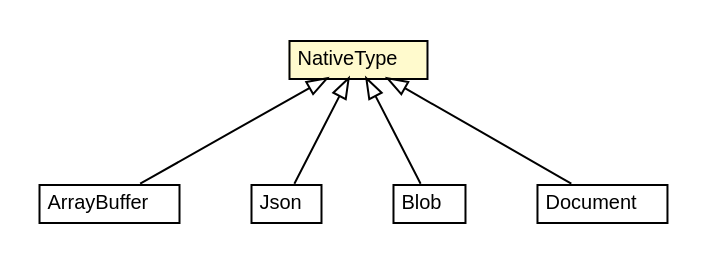
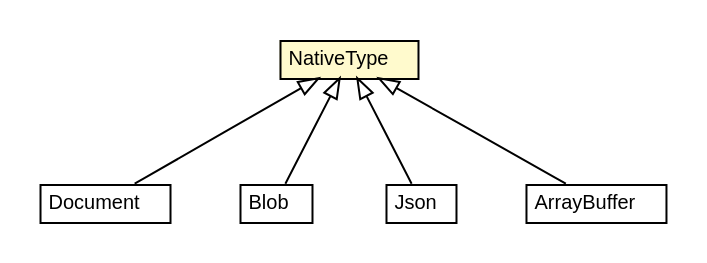
Before and after one commit to reinert/requestor: the diagram in latest/javadoc/apidocs/io/reinert/requestor/gwt/type/NativeType.dot, drawn with Graphviz. The commit also changed 1696 other files, not shown here.

```diff
--- a/latest/javadoc/apidocs/io/reinert/requestor/gwt/type/NativeType.dot
+++ b/latest/javadoc/apidocs/io/reinert/requestor/gwt/type/NativeType.dot
@@ -1,50 +1,50 @@
 #!/usr/local/bin/dot
 #
 # Class diagram 
 # Generated by UMLGraph version R5_6-24-gf6e263 (http://www.umlgraph.org/)
 #
 
 digraph G {
 	edge [fontname="Helvetica",fontsize=10,labelfontname="Helvetica",labelfontsize=10];
 	node [fontname="Helvetica",fontsize=10,shape=plaintext];
 	nodesep=0.25;
 	ranksep=0.5;
+	// io.reinert.requestor.gwt.type.Document
+	c47237 [label=<<table title="io.reinert.requestor.gwt.type.Document" border="0" cellborder="1" cellspacing="0" cellpadding="2" port="p" href="./Document.html">
+		<tr><td><table border="0" cellspacing="0" cellpadding="1">
+<tr><td align="center" balign="center"> Document </td></tr>
+		</table></td></tr>
+		</table>>, URL="./Document.html", fontname="Helvetica", fontcolor="black", fontsize=10.0];
+	// io.reinert.requestor.gwt.type.NativeType
+	c47238 [label=<<table title="io.reinert.requestor.gwt.type.NativeType" border="0" cellborder="1" cellspacing="0" cellpadding="2" port="p" bgcolor="lemonChiffon" href="./NativeType.html">
+		<tr><td><table border="0" cellspacing="0" cellpadding="1">
+<tr><td align="center" balign="center"> NativeType </td></tr>
+		</table></td></tr>
+		</table>>, URL="./NativeType.html", fontname="Helvetica", fontcolor="black", fontsize=10.0];
+	// io.reinert.requestor.gwt.type.Blob
+	c47239 [label=<<table title="io.reinert.requestor.gwt.type.Blob" border="0" cellborder="1" cellspacing="0" cellpadding="2" port="p" href="./Blob.html">
+		<tr><td><table border="0" cellspacing="0" cellpadding="1">
+<tr><td align="center" balign="center"> Blob </td></tr>
+		</table></td></tr>
+		</table>>, URL="./Blob.html", fontname="Helvetica", fontcolor="black", fontsize=10.0];
+	// io.reinert.requestor.gwt.type.Json
+	c47240 [label=<<table title="io.reinert.requestor.gwt.type.Json" border="0" cellborder="1" cellspacing="0" cellpadding="2" port="p" href="./Json.html">
+		<tr><td><table border="0" cellspacing="0" cellpadding="1">
+<tr><td align="center" balign="center"> Json </td></tr>
+		</table></td></tr>
+		</table>>, URL="./Json.html", fontname="Helvetica", fontcolor="black", fontsize=10.0];
 	// io.reinert.requestor.gwt.type.ArrayBuffer
-	c46571 [label=<<table title="io.reinert.requestor.gwt.type.ArrayBuffer" border="0" cellborder="1" cellspacing="0" cellpadding="2" port="p" href="./ArrayBuffer.html">
+	c47241 [label=<<table title="io.reinert.requestor.gwt.type.ArrayBuffer" border="0" cellborder="1" cellspacing="0" cellpadding="2" port="p" href="./ArrayBuffer.html">
 		<tr><td><table border="0" cellspacing="0" cellpadding="1">
 <tr><td align="center" balign="center"> ArrayBuffer </td></tr>
 		</table></td></tr>
 		</table>>, URL="./ArrayBuffer.html", fontname="Helvetica", fontcolor="black", fontsize=10.0];
-	// io.reinert.requestor.gwt.type.NativeType
-	c46572 [label=<<table title="io.reinert.requestor.gwt.type.NativeType" border="0" cellborder="1" cellspacing="0" cellpadding="2" port="p" bgcolor="lemonChiffon" href="./NativeType.html">
-		<tr><td><table border="0" cellspacing="0" cellpadding="1">
-<tr><td align="center" balign="center"> NativeType </td></tr>
-		</table></td></tr>
-		</table>>, URL="./NativeType.html", fontname="Helvetica", fontcolor="black", fontsize=10.0];
-	// io.reinert.requestor.gwt.type.Json
-	c46573 [label=<<table title="io.reinert.requestor.gwt.type.Json" border="0" cellborder="1" cellspacing="0" cellpadding="2" port="p" href="./Json.html">
-		<tr><td><table border="0" cellspacing="0" cellpadding="1">
-<tr><td align="center" balign="center"> Json </td></tr>
-		</table></td></tr>
-		</table>>, URL="./Json.html", fontname="Helvetica", fontcolor="black", fontsize=10.0];
-	// io.reinert.requestor.gwt.type.Blob
-	c46574 [label=<<table title="io.reinert.requestor.gwt.type.Blob" border="0" cellborder="1" cellspacing="0" cellpadding="2" port="p" href="./Blob.html">
-		<tr><td><table border="0" cellspacing="0" cellpadding="1">
-<tr><td align="center" balign="center"> Blob </td></tr>
-		</table></td></tr>
-		</table>>, URL="./Blob.html", fontname="Helvetica", fontcolor="black", fontsize=10.0];
-	// io.reinert.requestor.gwt.type.Document
-	c46575 [label=<<table title="io.reinert.requestor.gwt.type.Document" border="0" cellborder="1" cellspacing="0" cellpadding="2" port="p" href="./Document.html">
-		<tr><td><table border="0" cellspacing="0" cellpadding="1">
-<tr><td align="center" balign="center"> Document </td></tr>
-		</table></td></tr>
-		</table>>, URL="./Document.html", fontname="Helvetica", fontcolor="black", fontsize=10.0];
+	//io.reinert.requestor.gwt.type.Document extends io.reinert.requestor.gwt.type.NativeType
+	c47238:p -> c47237:p [dir=back,arrowtail=empty];
+	//io.reinert.requestor.gwt.type.Blob extends io.reinert.requestor.gwt.type.NativeType
+	c47238:p -> c47239:p [dir=back,arrowtail=empty];
+	//io.reinert.requestor.gwt.type.Json extends io.reinert.requestor.gwt.type.NativeType
+	c47238:p -> c47240:p [dir=back,arrowtail=empty];
 	//io.reinert.requestor.gwt.type.ArrayBuffer extends io.reinert.requestor.gwt.type.NativeType
-	c46572:p -> c46571:p [dir=back,arrowtail=empty];
-	//io.reinert.requestor.gwt.type.Json extends io.reinert.requestor.gwt.type.NativeType
-	c46572:p -> c46573:p [dir=back,arrowtail=empty];
-	//io.reinert.requestor.gwt.type.Blob extends io.reinert.requestor.gwt.type.NativeType
-	c46572:p -> c46574:p [dir=back,arrowtail=empty];
-	//io.reinert.requestor.gwt.type.Document extends io.reinert.requestor.gwt.type.NativeType
-	c46572:p -> c46575:p [dir=back,arrowtail=empty];
+	c47238:p -> c47241:p [dir=back,arrowtail=empty];
 }
```
